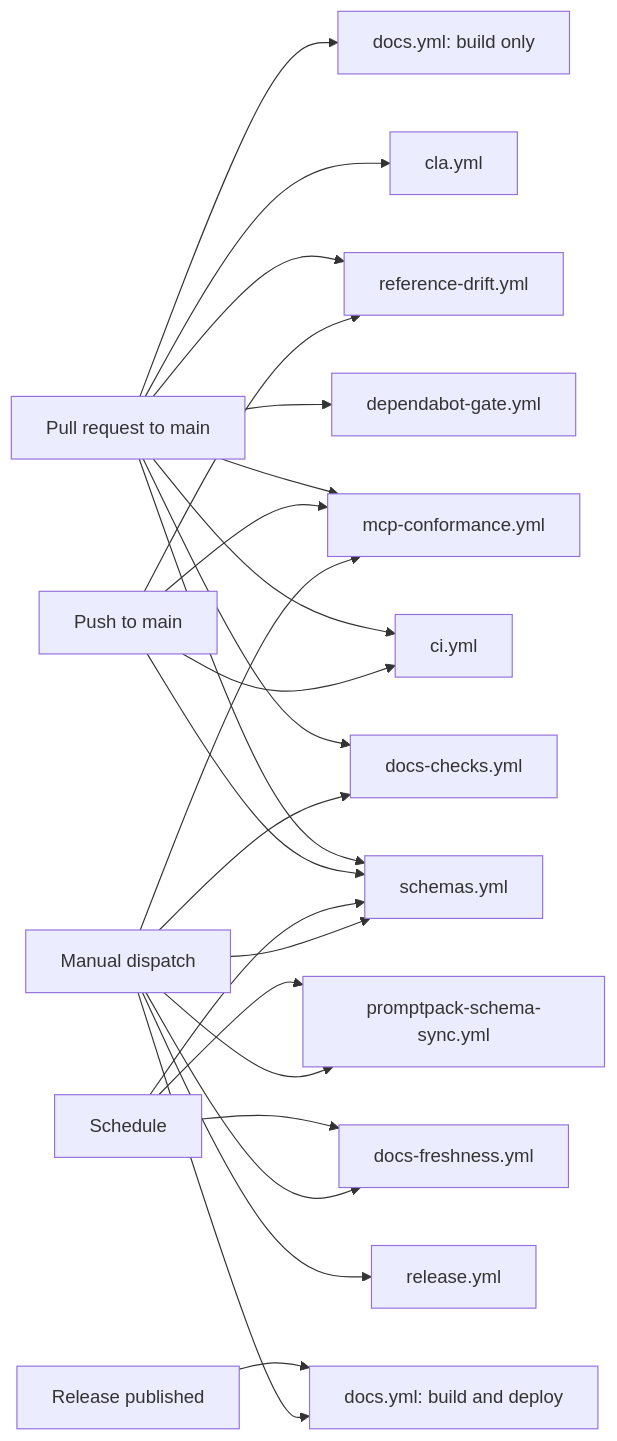
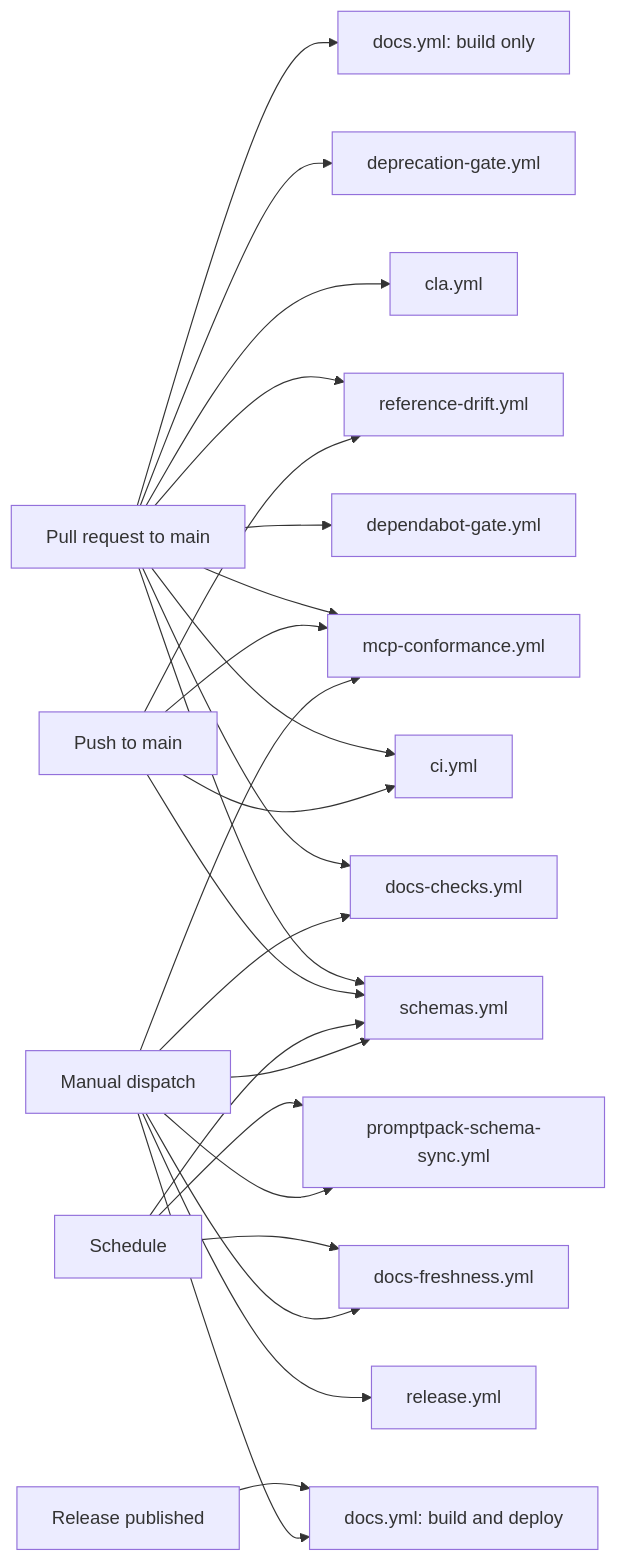
One commit to AltairaLabs/PromptKit changed the first of 6 diagrams in docs/src/content/docs/devops/ci-cd-diagrams.md. Above: the diagram before and after it, drawn with Mermaid. The commit also changed other lines of this file and 23 other files, not shown here.

````diff
--- a/docs/src/content/docs/devops/ci-cd-diagrams.md
+++ b/docs/src/content/docs/devops/ci-cd-diagrams.md
@@ -25,36 +20,37 @@
 ```mermaid
 flowchart LR
     PR[Pull request to main]
     PUSH[Push to main]
     REL[Release published]
     CRON[Schedule]
     DISP[Manual dispatch]
 
     PR --> ci[ci.yml]
     PR --> gate[dependabot-gate.yml]
     PR --> cla[cla.yml]
+    PR --> dep[deprecation-gate.yml]
     PR --> dchecks[docs-checks.yml]
     PR --> docs[docs.yml: build only]
     PR --> drift[reference-drift.yml]
     PR --> schemas[schemas.yml]
     PR --> mcp[mcp-conformance.yml]
 
     PUSH --> ci
     PUSH --> drift
     PUSH --> schemas
     PUSH --> mcp
 
     REL --> docsdeploy[docs.yml: build and deploy]
 
     CRON --> schemas
     CRON --> sync[promptpack-schema-sync.yml]
     CRON --> fresh[docs-freshness.yml]
 
     DISP --> release[release.yml]
     DISP --> docsdeploy
     DISP --> dchecks
     DISP --> fresh
     DISP --> schemas
     DISP --> sync
     DISP --> mcp
 ```
````
